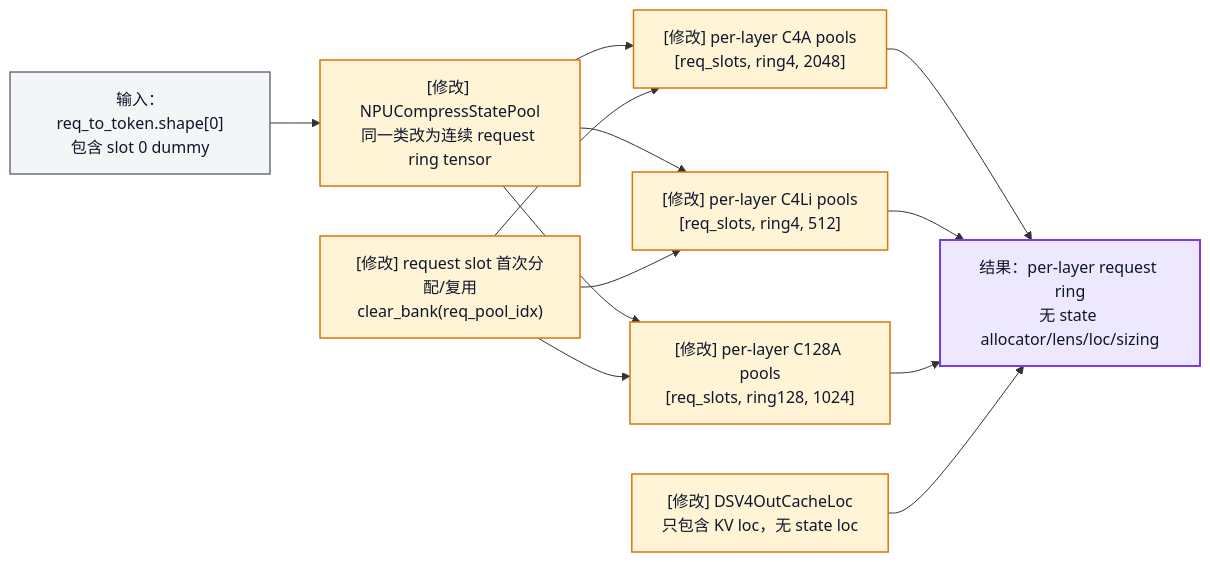
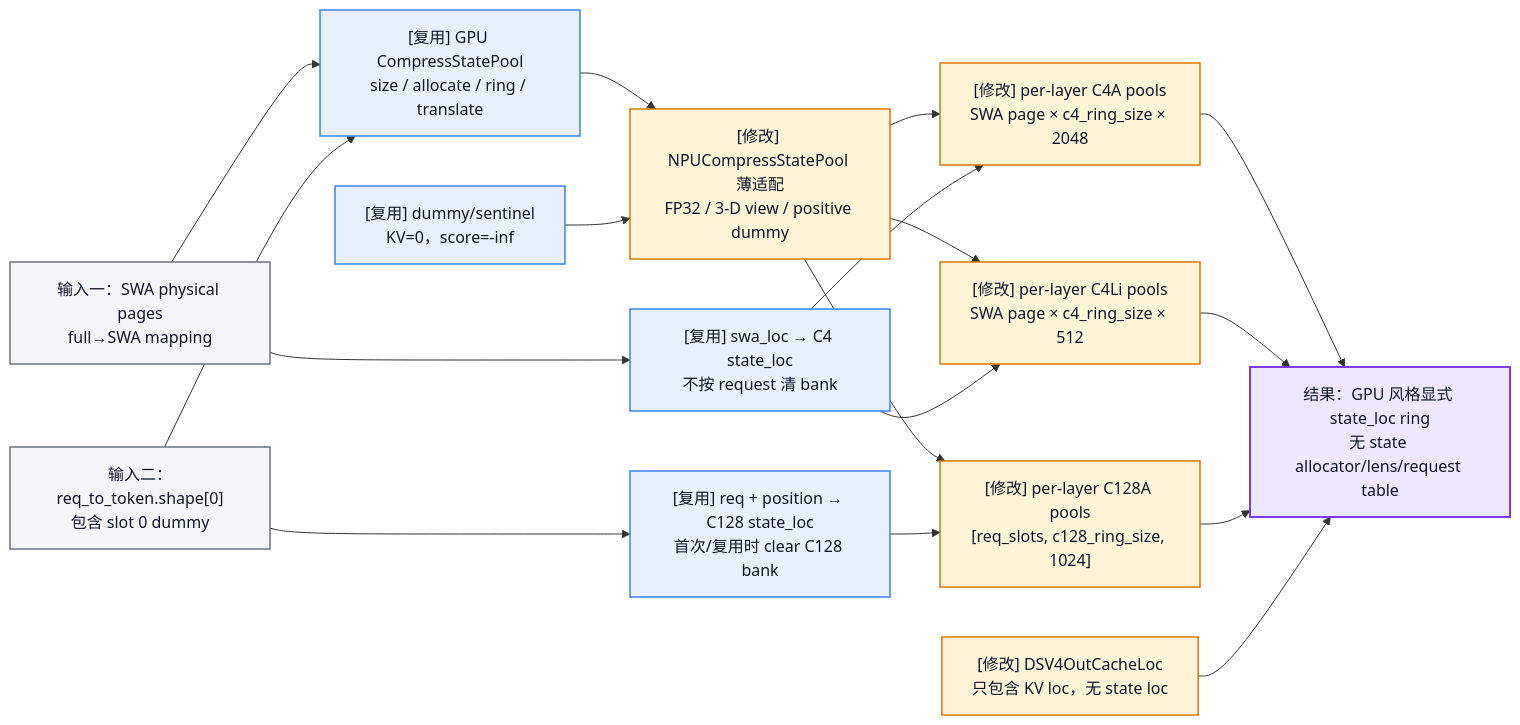
Diagram 11 of 19 in python/sglang/srt/hardware_backend/npu/dsv4/NPU_DSV4_CACHE_REFACTOR.md (Talantan1102/sglang), drawn with Mermaid before and after one commit. The commit also changed other lines of this file and 19 other files, not shown here.

````diff
--- a/python/sglang/srt/hardware_backend/npu/dsv4/NPU_DSV4_CACHE_REFACTOR.md
+++ b/python/sglang/srt/hardware_backend/npu/dsv4/NPU_DSV4_CACHE_REFACTOR.md
@@ -478,25 +490,32 @@
 ```mermaid
 flowchart LR
-    Capacity["输入：req_to_token.shape[0]<br/>包含 slot 0 dummy"]:::neutral
-    Factory["[修改] NPUCompressStatePool<br/>同一类改为连续 request ring tensor"]:::changed
-    C4A["[修改] per-layer C4A pools<br/>[req_slots, ring4, 2048]"]:::changed
-    C4Li["[修改] per-layer C4Li pools<br/>[req_slots, ring4, 512]"]:::changed
-    C128A["[修改] per-layer C128A pools<br/>[req_slots, ring128, 1024]"]:::changed
-    ReqAlloc["[修改] request slot 首次分配/复用<br/>clear_bank(req_pool_idx)"]:::changed
+    SWACapacity["输入一：SWA physical pages<br/>full→SWA mapping"]:::neutral
+    ReqCapacity["输入二：req_to_token.shape[0]<br/>包含 slot 0 dummy"]:::neutral
+    GPUBase["[复用] GPU CompressStatePool<br/>size / allocate / ring / translate"]:::reused
+    NPUAdapter["[修改] NPUCompressStatePool 薄适配<br/>FP32 / 3-D view / positive dummy"]:::changed
+    C4A["[修改] per-layer C4A pools<br/>SWA page × c4_ring_size × 2048"]:::changed
+    C4Li["[修改] per-layer C4Li pools<br/>SWA page × c4_ring_size × 512"]:::changed
+    C128A["[修改] per-layer C128A pools<br/>[req_slots, c128_ring_size, 1024]"]:::changed
+    SWALoc["[复用] swa_loc → C4 state_loc<br/>不按 request 清 bank"]:::reused
+    ReqLoc["[复用] req + position → C128 state_loc<br/>首次/复用时 clear C128 bank"]:::reused
+    Sentinel["[复用] dummy/sentinel<br/>KV=0，score=-inf"]:::reused
     KVBundle["[修改] DSV4OutCacheLoc<br/>只包含 KV loc，无 state loc"]:::changed
-    Result["结果：per-layer request ring<br/>无 state allocator/lens/loc/sizing"]:::result
+    Result["结果：GPU 风格显式 state_loc ring<br/>无 state allocator/lens/request table"]:::result
 
-    Capacity --> Factory
-    Factory --> C4A --> Result
-    Factory --> C4Li --> Result
-    Factory --> C128A --> Result
-    ReqAlloc --> C4A
-    ReqAlloc --> C4Li
-    ReqAlloc --> C128A
+    SWACapacity --> GPUBase
+    ReqCapacity --> GPUBase
+    GPUBase --> NPUAdapter
+    NPUAdapter --> C4A --> Result
+    NPUAdapter --> C4Li --> Result
+    NPUAdapter --> C128A --> Result
+    SWACapacity --> SWALoc --> C4A
+    SWALoc --> C4Li
+    ReqCapacity --> ReqLoc --> C128A
+    Sentinel --> NPUAdapter
     KVBundle --> Result
 
-    classDef added fill:#E8F7EE,stroke:#22A06B,color:#0F172A,stroke-width:1.5px;
+    classDef reused fill:#E8F1FB,stroke:#3B82F6,color:#0F172A,stroke-width:1.5px;
     classDef changed fill:#FFF4D6,stroke:#D97706,color:#0F172A,stroke-width:1.5px;
     classDef neutral fill:#F4F5F7,stroke:#6B7280,color:#0F172A,stroke-width:1.5px;
     classDef result fill:#EEE8FF,stroke:#7C3AED,color:#0F172A,stroke-width:2px;
 ```
````
